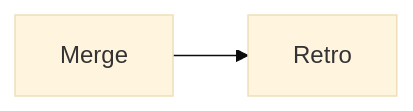
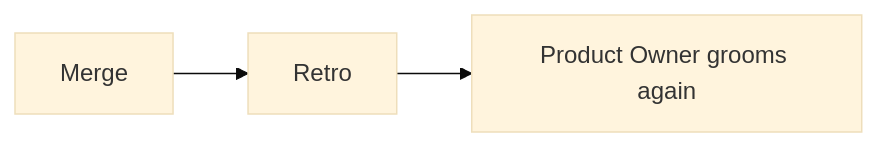
One commit to kkunan/agentic-delivery changed the fourth of 4 diagrams in README.md. Above: the diagram before and after it, drawn with Mermaid (base theme). The commit also changed other lines of this file, not shown here.

Commit message:
Show the Product Owner in How a feature runs and Why it works

````diff
--- a/README.md
+++ b/README.md
@@ -115,4 +126,4 @@
 ```mermaid
 flowchart LR
-    M[Merge] --> R[Retro]
+    M[Merge] --> R[Retro] --> O[Product Owner grooms again]
 ```
````
